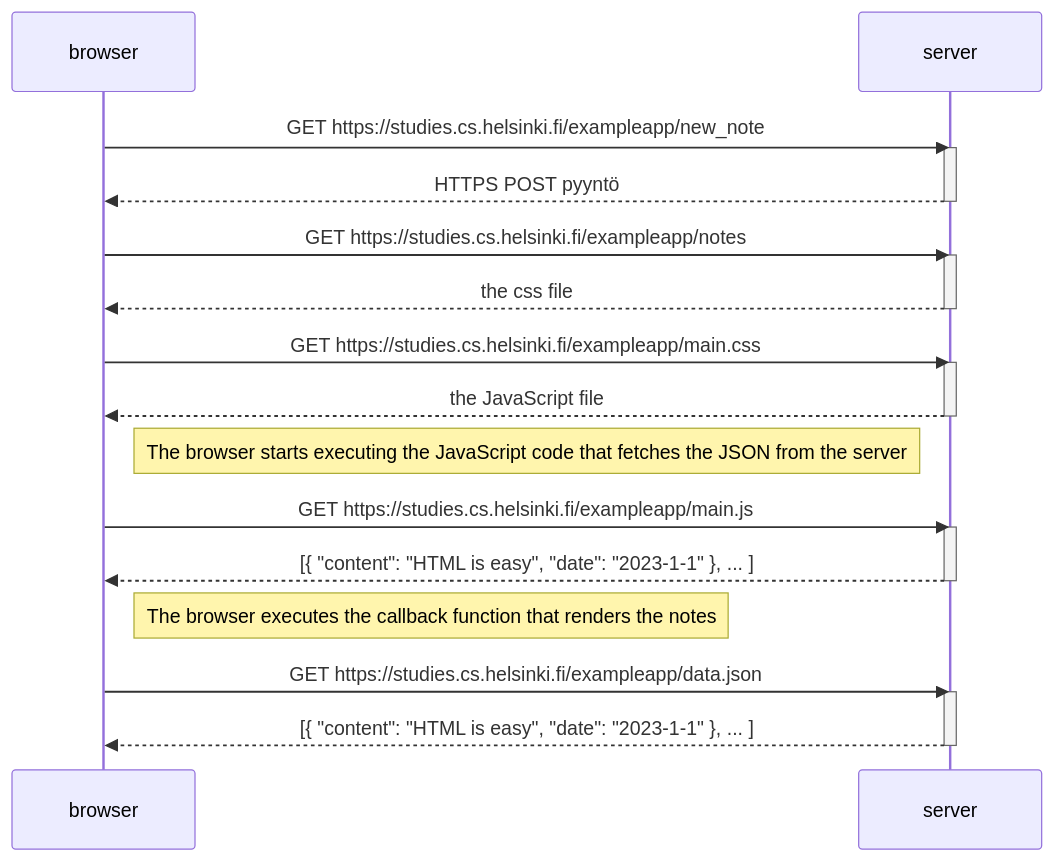
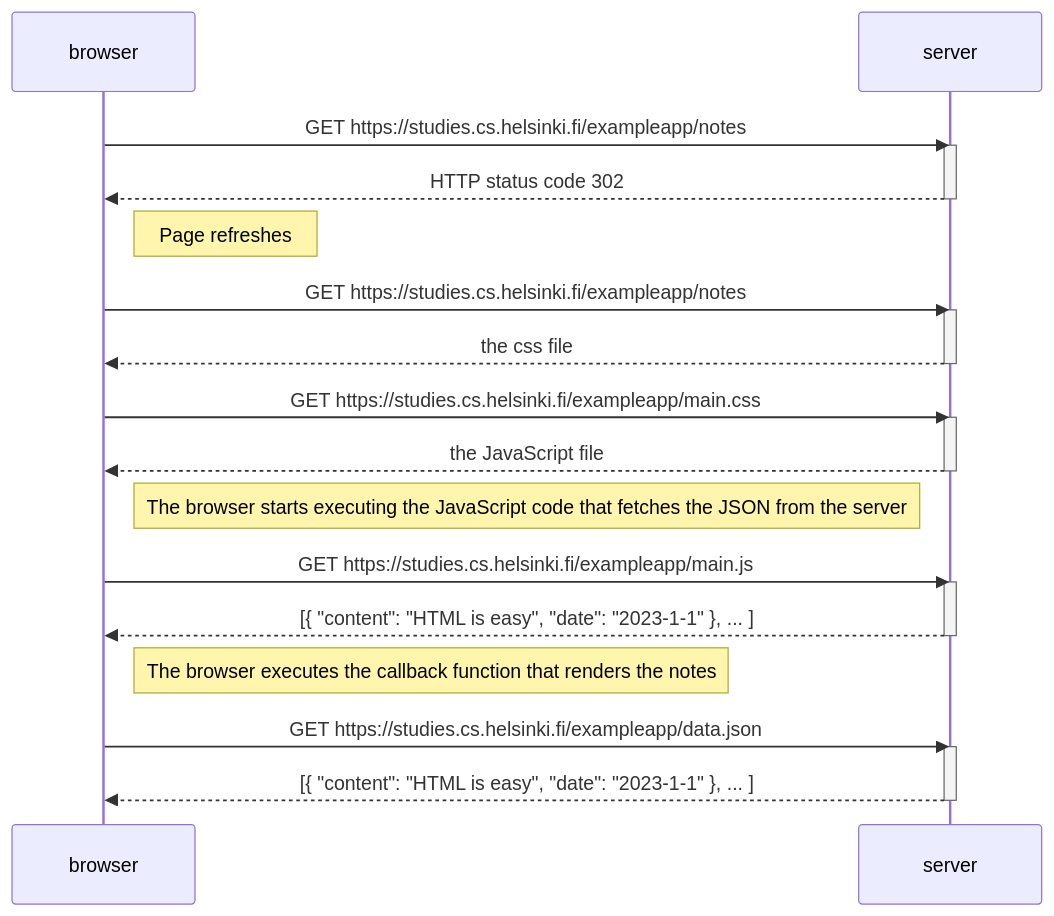
One commit to javaroys/fullstack changed the diagram in osa0/tehtava04.md. Above: the diagram before and after it, drawn with Mermaid. The commit also changed 2 other files, not shown here.

Commit message:
osa0 kai

````diff
--- a/osa0/tehtava04.md
+++ b/osa0/tehtava04.md
@@ -1,34 +1,36 @@
 ```mermaid
 sequenceDiagram
     participant browser
     participant server
     
-    browser->>server: GET https://studies.cs.helsinki.fi/exampleapp/new_note
+    browser->>server: GET https://studies.cs.helsinki.fi/exampleapp/notes
     activate server
-    server-->>browser: HTTPS POST pyyntö
+    server-->>browser: HTTP status code 302
     deactivate server
     
+    Note right of browser: Page refreshes
+
     browser->>server: GET https://studies.cs.helsinki.fi/exampleapp/notes
     activate server
     server-->>browser: the css file
     deactivate server
     
     browser->>server: GET https://studies.cs.helsinki.fi/exampleapp/main.css
     activate server
     server-->>browser: the JavaScript file
     deactivate server
     
     Note right of browser: The browser starts executing the JavaScript code that fetches the JSON from the server
     
     browser->>server: GET https://studies.cs.helsinki.fi/exampleapp/main.js
     activate server
     server-->>browser: [{ "content": "HTML is easy", "date": "2023-1-1" }, ... ]
     deactivate server    
 
     Note right of browser: The browser executes the callback function that renders the notes 
 
     browser->>server: GET https://studies.cs.helsinki.fi/exampleapp/data.json
     activate server
     server-->>browser: [{ "content": "HTML is easy", "date": "2023-1-1" }, ... ]
     deactivate server   
 ```
````
